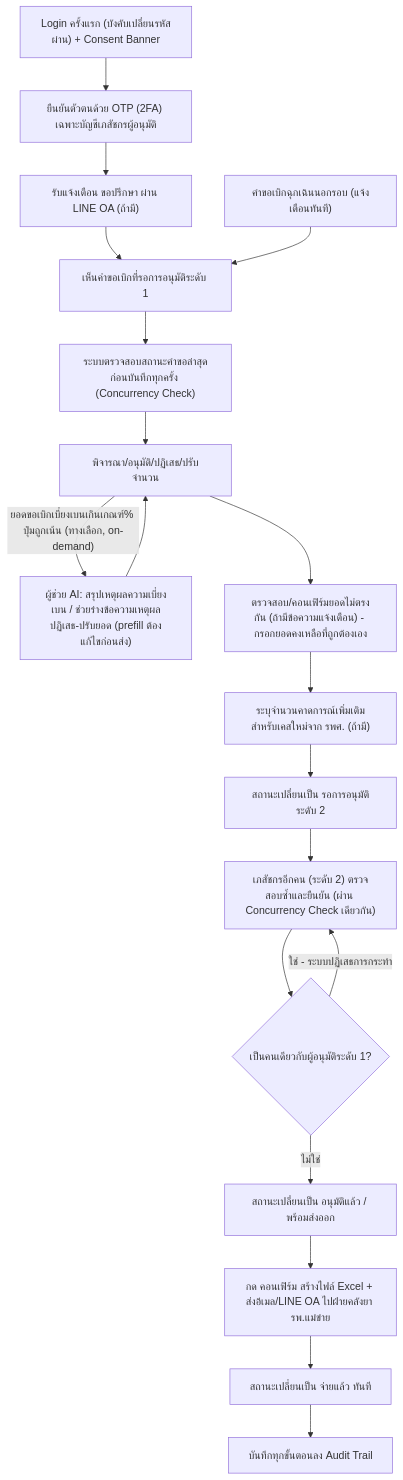
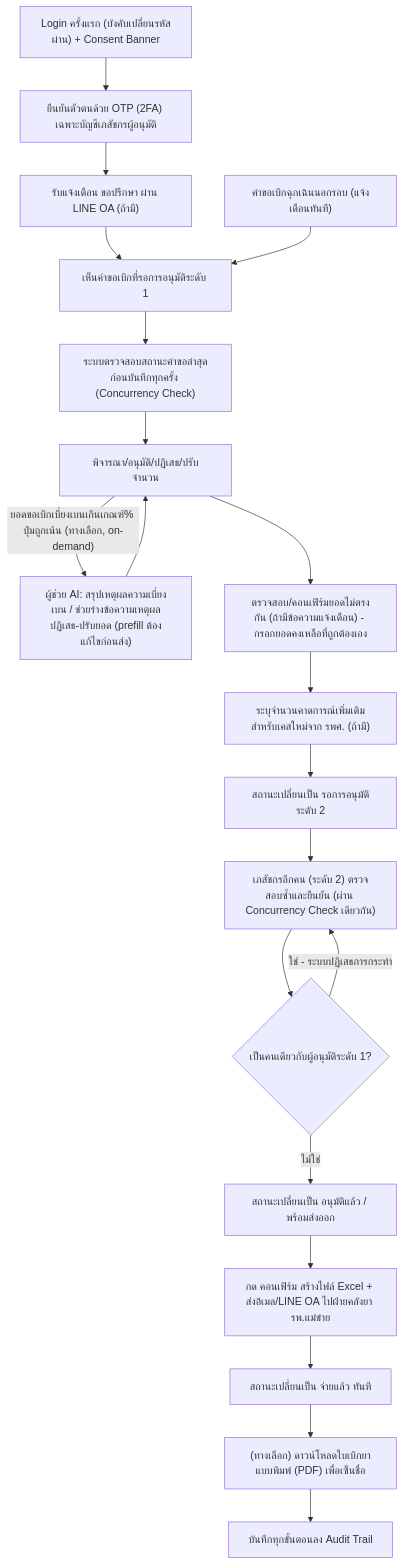
Before and after one commit to 6910127-warang/sync_smart: the diagram in 01-requirements/03-user-journey/pharmacist-journey.md, drawn with Mermaid. The commit also changed other lines of this file and 19 other files, not shown here.

````diff
--- a/01-requirements/03-user-journey/pharmacist-journey.md
+++ b/01-requirements/03-user-journey/pharmacist-journey.md
@@ -9,21 +9,22 @@
 ```mermaid
 flowchart TD
     A["Login ครั้งแรก (บังคับเปลี่ยนรหัสผ่าน) + Consent Banner"] --> A2["ยืนยันตัวตนด้วย OTP (2FA) เฉพาะบัญชีเภสัชกรผู้อนุมัติ"]
     A2 --> B["รับแจ้งเตือน ขอปรึกษา ผ่าน LINE OA (ถ้ามี)"]
     B --> C["เห็นคำขอเบิกที่รอการอนุมัติระดับ 1"]
     C --> P1["ระบบตรวจสอบสถานะคำขอล่าสุดก่อนบันทึกทุกครั้ง (Concurrency Check)"]
     P1 --> D["พิจารณา/อนุมัติ/ปฏิเสธ/ปรับจำนวน"]
     D -- "ยอดขอเบิกเบี่ยงเบนเกินเกณฑ์% ปุ่มถูกเน้น (ทางเลือก, on-demand)" --> AI["ผู้ช่วย AI: สรุปเหตุผลความเบี่ยงเบน / ช่วยร่างข้อความเหตุผลปฏิเสธ-ปรับยอด (prefill ต้องแก้ไขก่อนส่ง)"]
     AI --> D
     D --> D2["ตรวจสอบ/คอนเฟิร์มยอดไม่ตรงกัน (ถ้ามีข้อความแจ้งเตือน) - กรอกยอดคงเหลือที่ถูกต้องเอง"]
     D2 --> E["ระบุจำนวนคาดการณ์เพิ่มเติมสำหรับเคสใหม่จาก รพศ. (ถ้ามี)"]
     E --> F["สถานะเปลี่ยนเป็น รอการอนุมัติระดับ 2"]
     F --> G["เภสัชกรอีกคน (ระดับ 2) ตรวจสอบซ้ำและยืนยัน (ผ่าน Concurrency Check เดียวกัน)"]
     G --> H{"เป็นคนเดียวกับผู้อนุมัติระดับ 1?"}
     H -- "ใช่ - ระบบปฏิเสธการกระทำ" --> G
     H -- "ไม่ใช่" --> I["สถานะเปลี่ยนเป็น อนุมัติแล้ว / พร้อมส่งออก"]
     I --> J["กด คอนเฟิร์ม สร้างไฟล์ Excel + ส่งอีเมล/LINE OA ไปฝ่ายคลังยา รพ.แม่ข่าย"]
     J --> K["สถานะเปลี่ยนเป็น จ่ายแล้ว ทันที"]
-    K --> N["บันทึกทุกขั้นตอนลง Audit Trail"]
+    K --> K2["(ทางเลือก) ดาวน์โหลดใบเบิกยาแบบพิมพ์ (PDF) เพื่อเซ็นชื่อ"]
+    K2 --> N["บันทึกทุกขั้นตอนลง Audit Trail"]
     L["คำขอเบิกฉุกเฉินนอกรอบ (แจ้งเตือนทันที)"] --> C
 ```
````
